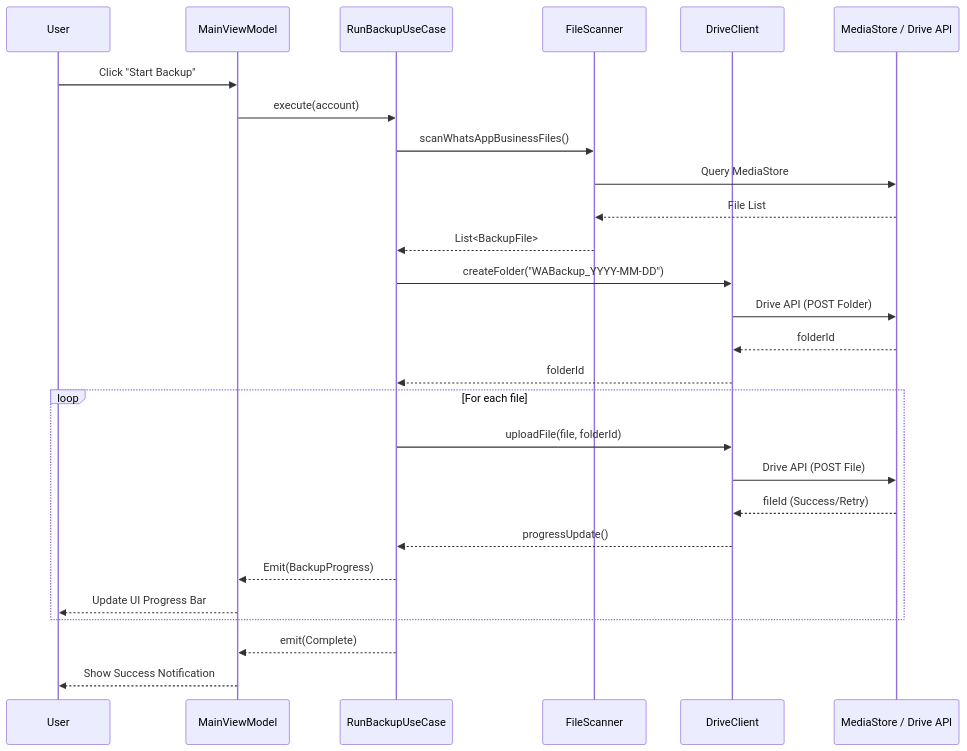
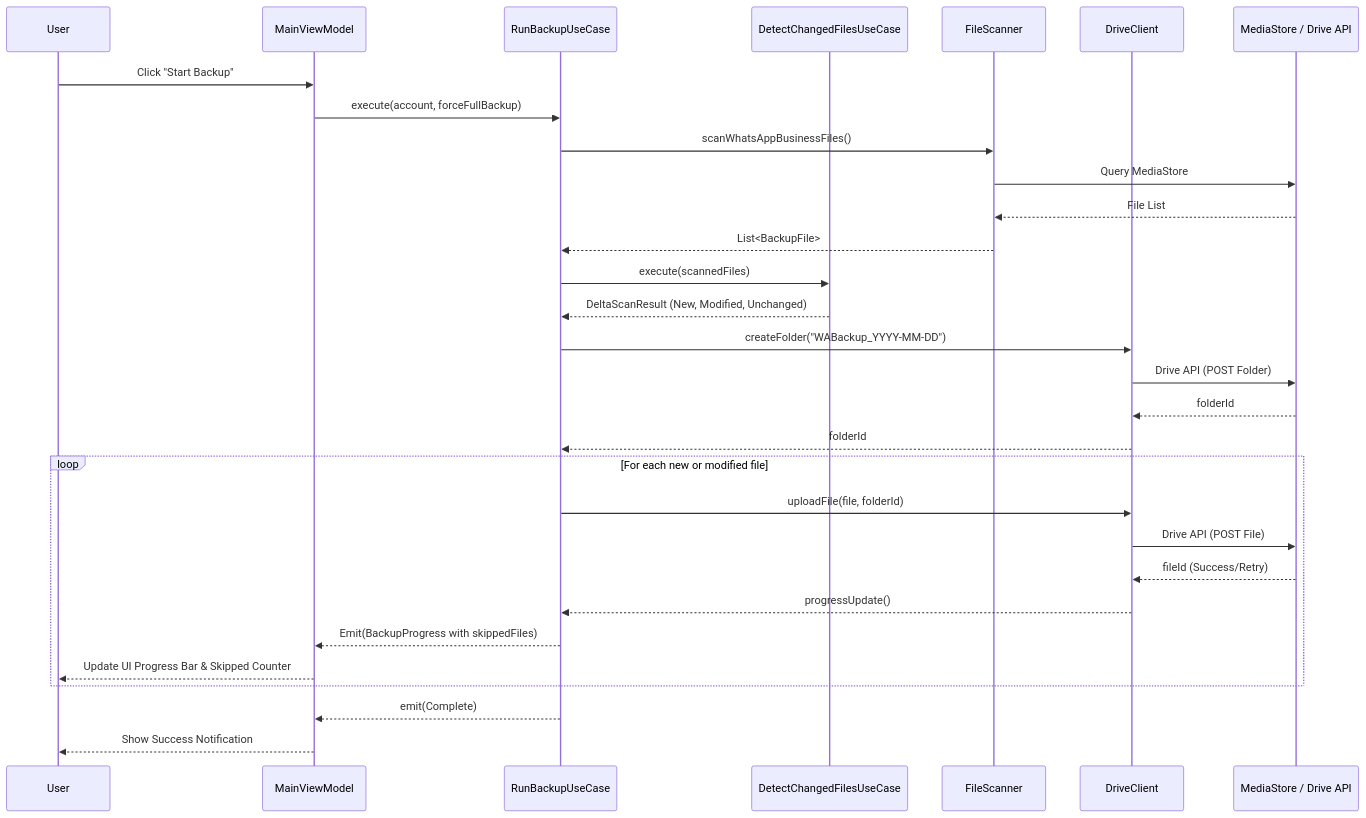
Before and after one commit to nandakumar-nandu/WABackupPro: the seventh of 7 diagrams in README.md, drawn with Mermaid. The commit also changed other lines of this file and 14 other files, not shown here.

First line of the commit message:
feat: incremental backup with delta detection (skip already-uploaded files)

````diff
--- a/README.md
+++ b/README.md
@@ -85,30 +112,33 @@
 ```mermaid
 sequenceDiagram
     participant User
     participant VM as MainViewModel
     participant UC as RunBackupUseCase
+    participant DCUC as DetectChangedFilesUseCase
     participant FS as FileScanner
     participant DC as DriveClient
     participant MS as MediaStore / Drive API
 
     User->>VM: Click "Start Backup"
-    VM->>UC: execute(account)
+    VM->>UC: execute(account, forceFullBackup)
     UC->>FS: scanWhatsAppBusinessFiles()
     FS->>MS: Query MediaStore
     MS-->>FS: File List
     FS-->>UC: List<BackupFile>
+    UC->>DCUC: execute(scannedFiles)
+    DCUC-->>UC: DeltaScanResult (New, Modified, Unchanged)
     UC->>DC: createFolder("WABackup_YYYY-MM-DD")
     DC->>MS: Drive API (POST Folder)
     MS-->>DC: folderId
     DC-->>UC: folderId
-    loop For each file
+    loop For each new or modified file
         UC->>DC: uploadFile(file, folderId)
         DC->>MS: Drive API (POST File)
         MS-->>DC: fileId (Success/Retry)
         DC-->>UC: progressUpdate()
-        UC-->>VM: Emit(BackupProgress)
-        VM-->>User: Update UI Progress Bar
+        UC-->>VM: Emit(BackupProgress with skippedFiles)
+        VM-->>User: Update UI Progress Bar & Skipped Counter
     end
     UC-->>VM: emit(Complete)
     VM-->>User: Show Success Notification
 ```
````
